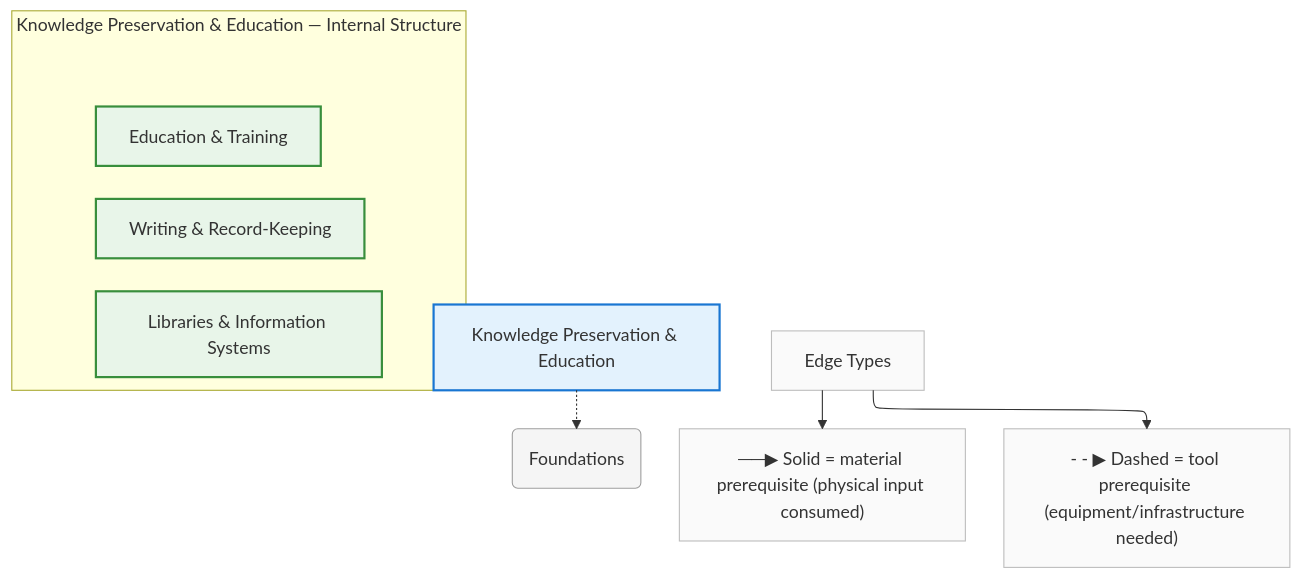
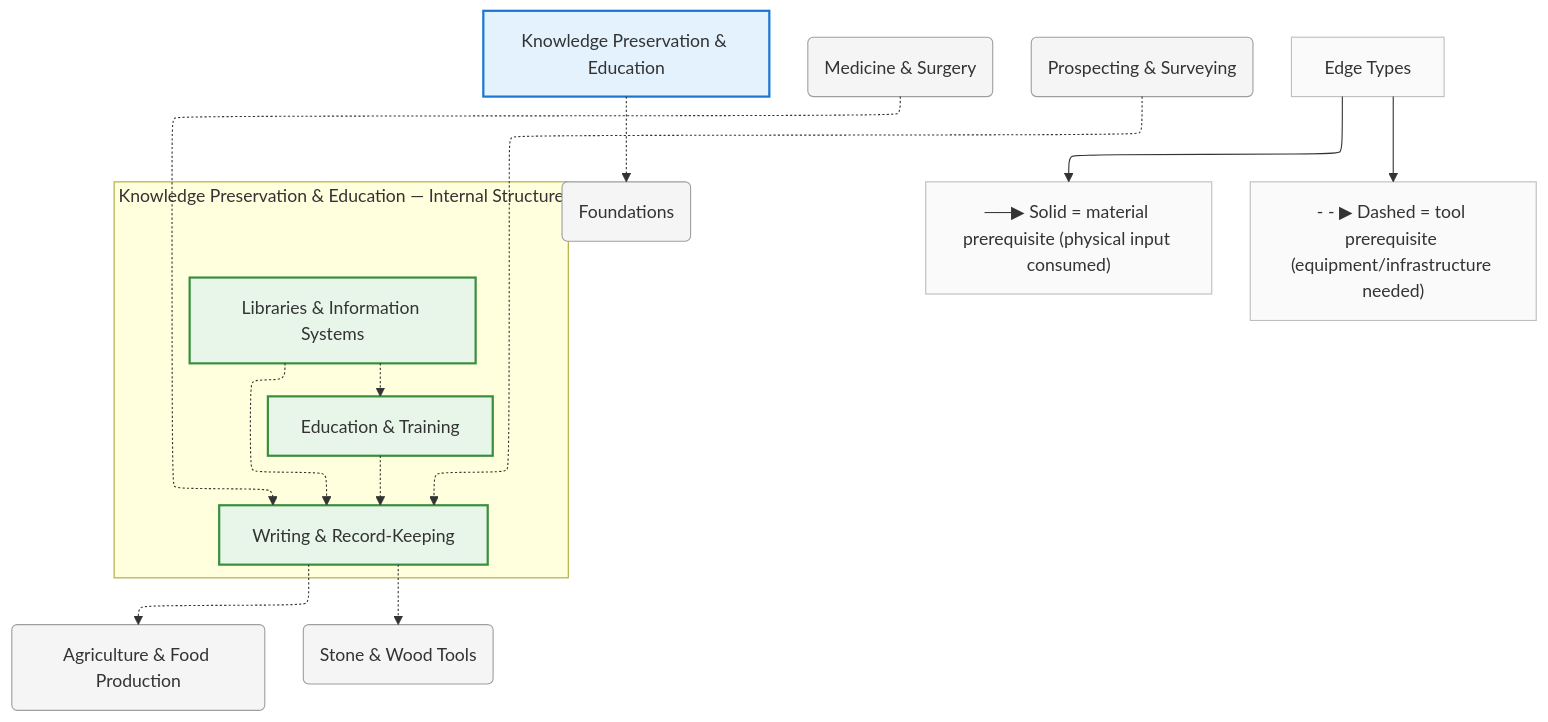
One commit to egofree/TechTree changed the diagram in diagrams/mermaid/knowledge.mmd. Above: the diagram before and after it, drawn with Mermaid. The commit also changed 15 other files, not shown here.

First line of the commit message:
chore(diagrams): regenerate all Mermaid diagrams from updated data

```diff
--- a/diagrams/mermaid/knowledge.mmd
+++ b/diagrams/mermaid/knowledge.mmd
@@ -1,41 +1,56 @@
 %%{init: {"flowchart": {"defaultRenderer": "elk", "htmlLabels": true}}}%%
 graph TD
     %% Domain: Knowledge Preservation & Education
 
     %% ==================== INTERNAL NODES ====================
     subgraph knowledge_internal ["Knowledge Preservation & Education — Internal Structure"]
         direction TB
         knowledge_writing["Writing & Record-Keeping"]
         knowledge_education["Education & Training"]
         knowledge_libraries["Libraries & Information Systems"]
     end
 
     %% ==================== DOMAIN NODE ====================
     knowledge["Knowledge Preservation & Education"]
 
     %% ==================== EXTERNAL DEPENDENCIES ====================
     foundations("Foundations")
+    foundations_food-agriculture("Agriculture & Food Production")
+    foundations_tools-basic("Stone & Wood Tools")
+    health_medicine("Medicine & Surgery")
+    mining_prospecting("Prospecting & Surveying")
 
     %% ==================== EDGES ====================
+    knowledge_education -.-> knowledge_writing
+    knowledge_libraries -.-> knowledge_writing
+    knowledge_libraries -.-> knowledge_education
     knowledge -.-> foundations
+    knowledge_writing -.-> foundations_tools-basic
+    knowledge_writing -.-> foundations_food-agriculture
+    health_medicine -.-> knowledge_writing
+    mining_prospecting -.-> knowledge_writing
 
     %% ==================== EDGE TYPE LEGEND ====================
     EdgeLegend["Edge Types"]
     EdgeLegend --> MatNote["──▶ Solid = material prerequisite (physical input consumed)"]
     EdgeLegend --> ToolNote["- - ▶ Dashed = tool prerequisite (equipment/infrastructure needed)"]
 
     %% ==================== STYLING ====================
     classDef domain fill:#e3f2fd,stroke:#1976d2,stroke-width:2px
     classDef capability fill:#e8f5e9,stroke:#388e3c,stroke-width:2px
     classDef process fill:#fff3e0,stroke:#f57c00,stroke-width:2px
     classDef critical fill:#fff3e0,stroke:#f57c00,stroke-width:3px
     classDef earlyWin fill:#e8f5e9,stroke:#388e3c,stroke-width:3px
     classDef pinnacle fill:#fce4ec,stroke:#c62828,stroke-width:3px
     classDef external fill:#f5f5f5,stroke:#9e9e9e,stroke-width:1px
     classDef legend fill:#fafafa,stroke:#bdbdbd,stroke-width:1px
     class knowledge domain
     class knowledge_writing capability
     class knowledge_education capability
     class knowledge_libraries capability
     class foundations external
+    class foundations_food-agriculture external
+    class foundations_tools-basic external
+    class health_medicine external
+    class mining_prospecting external
     class EdgeLegend,MatNote,ToolNote legend
```
